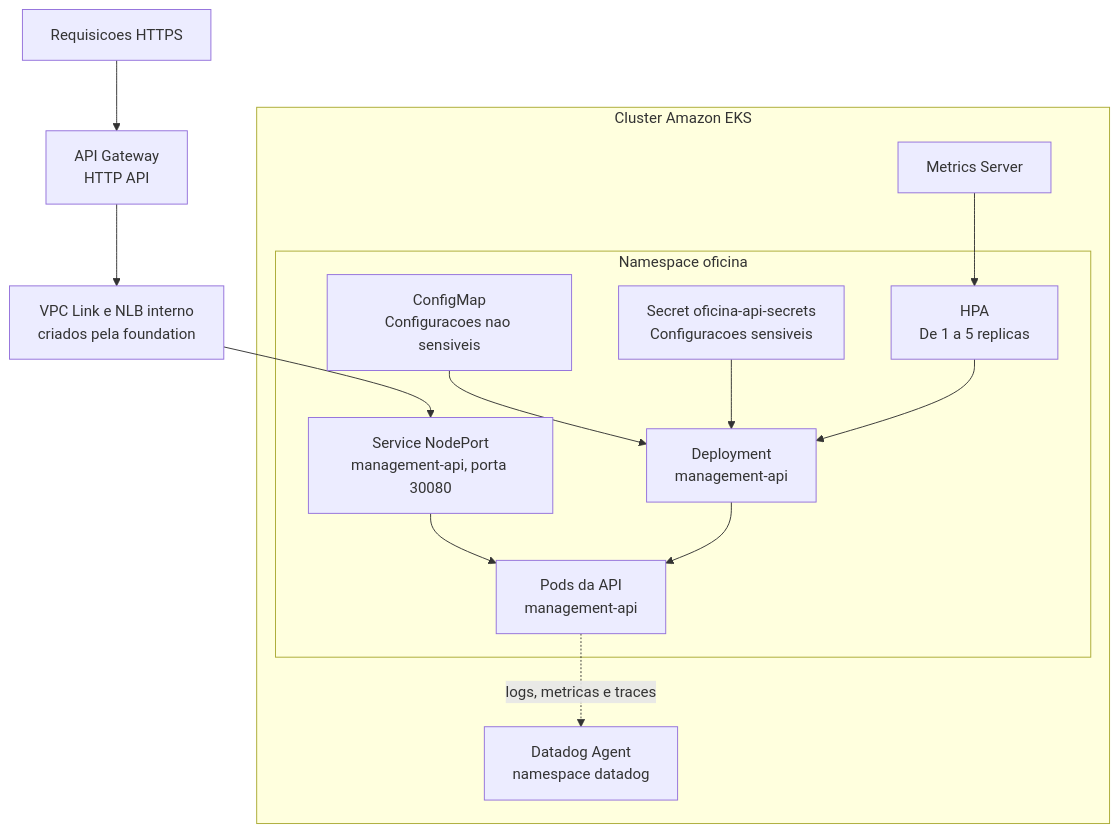
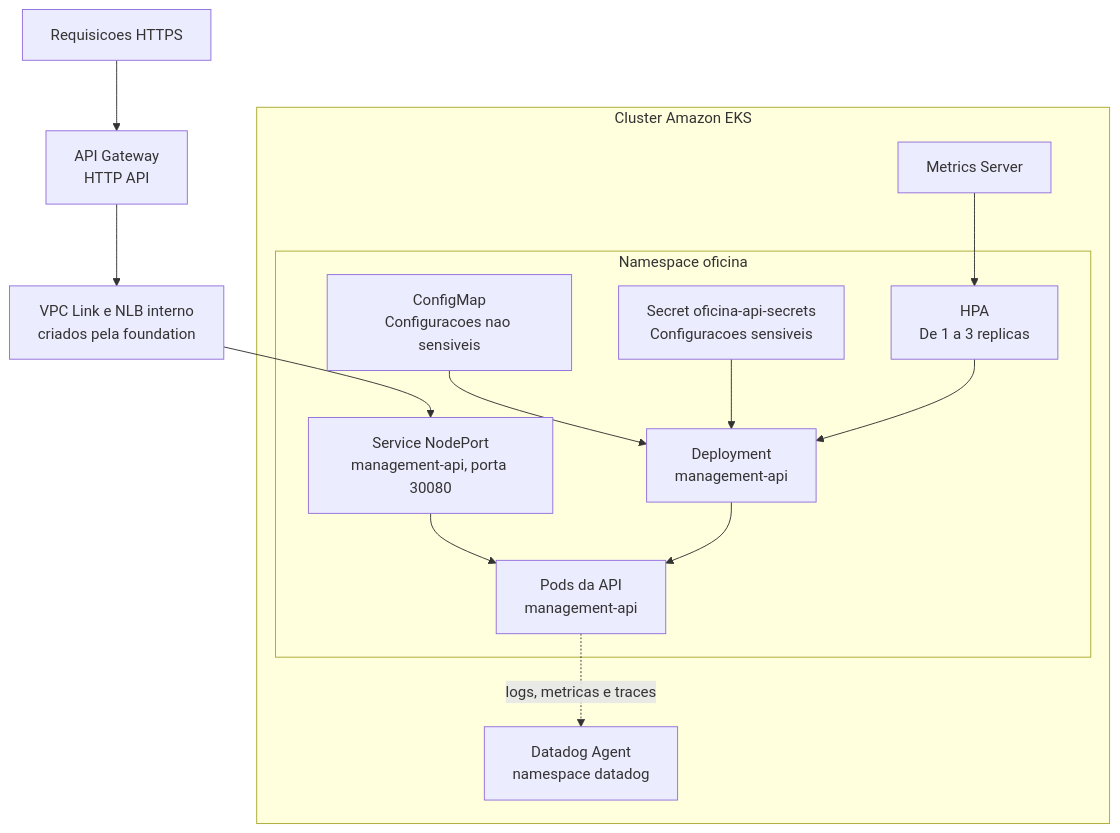
One commit to GuiToniello/tech-challenge-fase-4-MANAGEMENT-soat16-rm374658 changed the diagram in kubernetes/k8s/README.md. Above: the diagram before and after it, drawn with Mermaid. The commit also changed other lines of this file and 129 other files, not shown here.

````diff
--- a/kubernetes/k8s/README.md
+++ b/kubernetes/k8s/README.md
@@ -33,21 +33,21 @@
 ```mermaid
 flowchart TD
   Request[Requisicoes HTTPS] --> Gateway[API Gateway\nHTTP API]
   Gateway --> NLB[VPC Link e NLB interno\ncriados pela foundation]
 
   subgraph EKS[Cluster Amazon EKS]
     subgraph Oficina[Namespace oficina]
       Service[Service NodePort\nmanagement-api, porta 30080] --> Pods[Pods da API\nmanagement-api]
       Deployment[Deployment\nmanagement-api] --> Pods
 
       ConfigMap[ConfigMap\nConfiguracoes nao sensiveis] --> Deployment
       Secret[Secret oficina-api-secrets\nConfiguracoes sensiveis] --> Deployment
-      HPA[HPA\nDe 1 a 5 replicas] --> Deployment
+      HPA[HPA\nDe 1 a 3 replicas] --> Deployment
     end
 
     Metrics[Metrics Server] --> HPA
     Pods -.->|logs, metricas e traces| Agent[Datadog Agent\nnamespace datadog]
   end
 
   NLB --> Service
 ```
````
